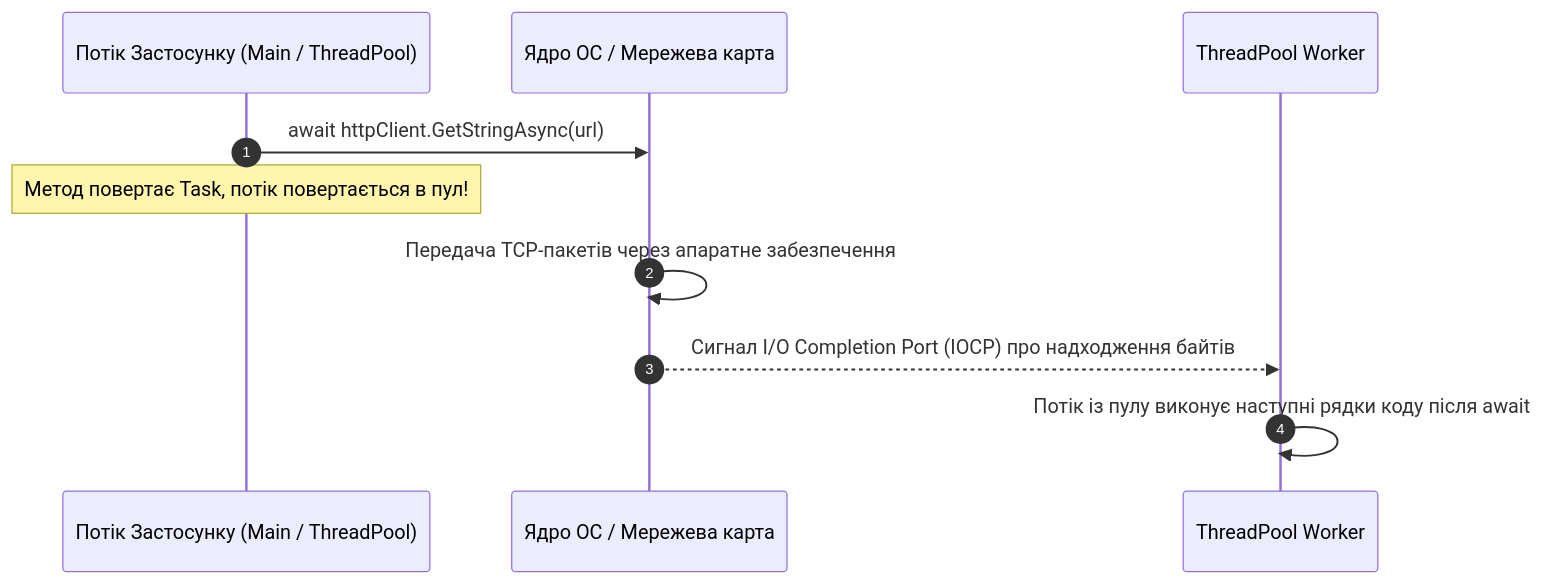
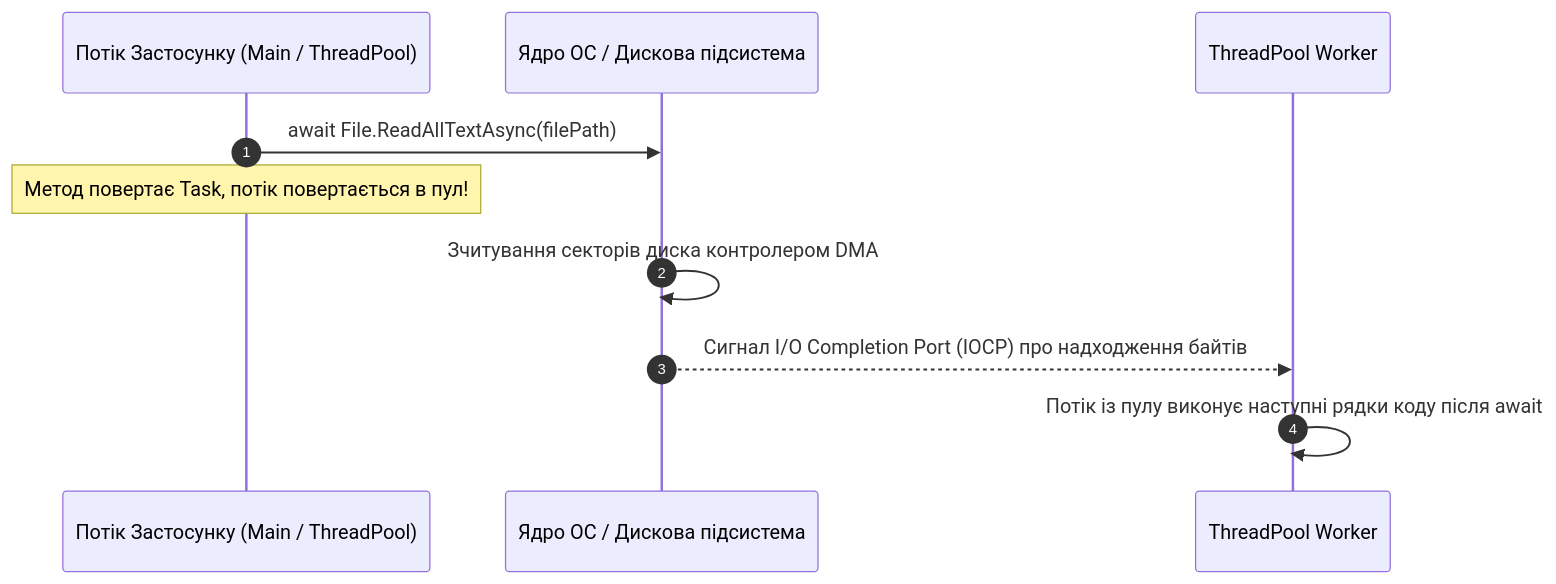
One commit to MrTomkaYurii/CSharp-OOP-Mastery changed the first of 2 diagrams in 06-Multithreading-And-Parallelism/03-Asynchronous-Programming/Docs/01_Async_Await_Architecture_And_State_Machine.md. Above: the diagram before and after it, drawn with Mermaid. The commit also changed other lines of this file and 52 other files, not shown here.

Commit message:
fix(async): replace Web API projects with console File I/O examples and fix Mermaid syntax errors

````diff
--- a/06-Multithreading-And-Parallelism/03-Asynchronous-Programming/Docs/01_Async_Await_Architecture_And_State_Machine.md
+++ b/06-Multithreading-And-Parallelism/03-Asynchronous-Programming/Docs/01_Async_Await_Architecture_And_State_Machine.md
@@ -17,13 +17,13 @@
 ```mermaid
 sequenceDiagram
     autonumber
     participant App as Потік Застосунку (Main / ThreadPool)
-    participant Kernel as Ядро ОС / Мережева карта
+    participant Kernel as Ядро ОС / Дискова підсистема
     participant Pool as ThreadPool Worker
 
-    App->>Kernel: await httpClient.GetStringAsync(url)
+    App->>Kernel: await File.ReadAllTextAsync(filePath)
     Note over App: Метод повертає Task, потік повертається в пул!
-    Kernel->>Kernel: Передача TCP-пакетів через апаратне забезпечення
+    Kernel->>Kernel: Зчитування секторів диска контролером DMA
     Kernel-->>Pool: Сигнал I/O Completion Port (IOCP) про надходження байтів
     Pool->>Pool: Потік із пулу виконує наступні рядки коду після await
 ```
````
